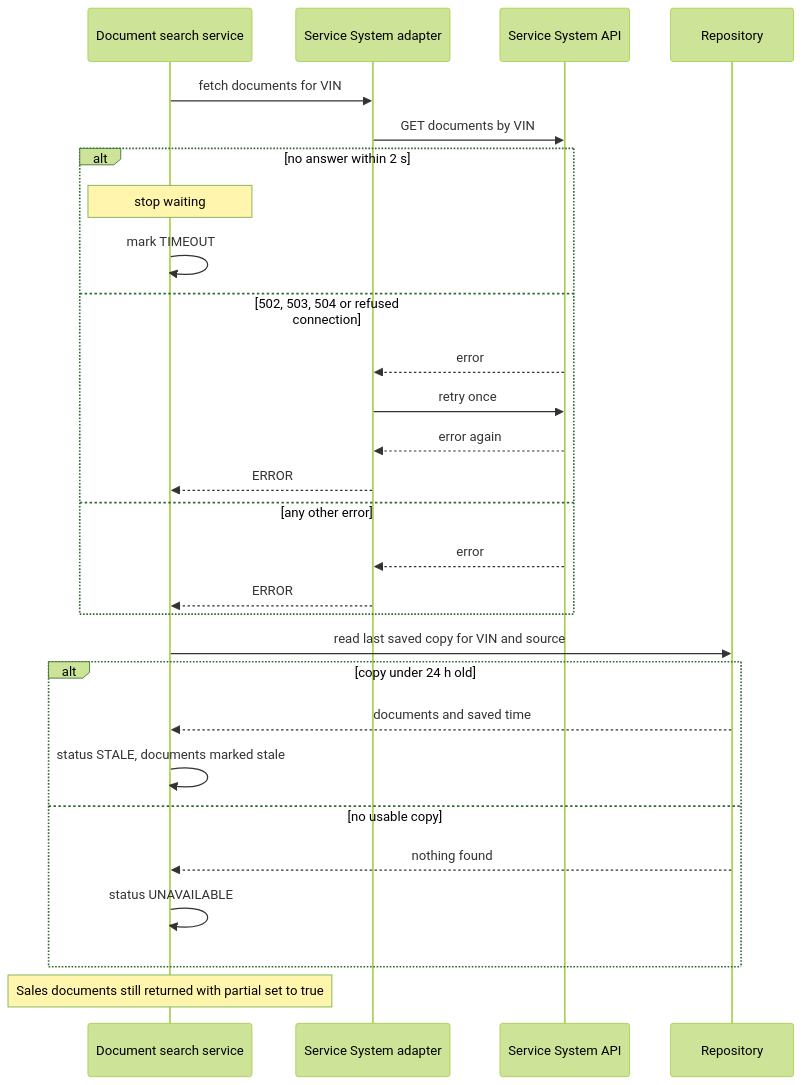
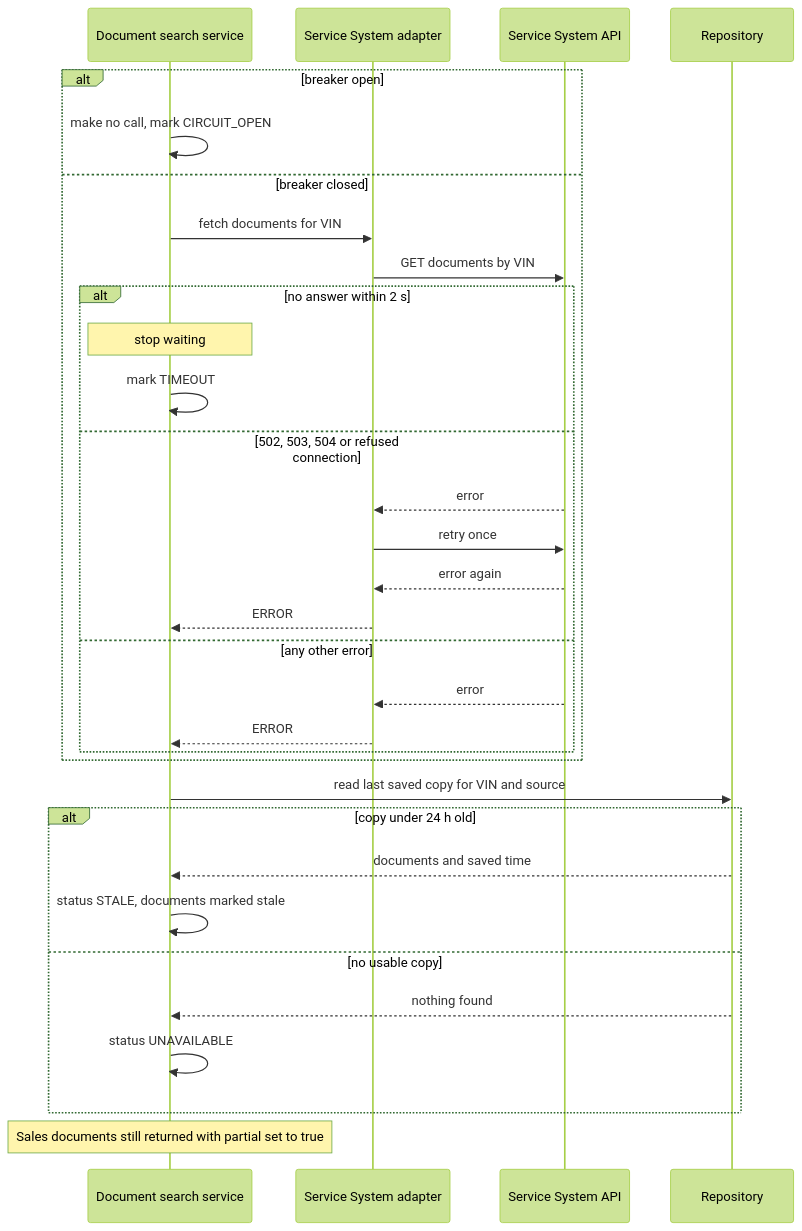
The third of 3 diagrams in docs/system-design-document.md (hinn1411/document-viewer), drawn with Mermaid (forest theme) before and after one commit. The commit also changed other lines of this file and 1 other file, not shown here.

Commit message:
docs(T12b): add the circuit breaker to the design document

````diff
--- a/docs/system-design-document.md
+++ b/docs/system-design-document.md
@@ -174,31 +174,35 @@
 ```mermaid
 sequenceDiagram
     participant S as Document search service
     participant VA as Service System adapter
     participant SERV as Service System API
     participant R as Repository
 
-    S->>VA: fetch documents for VIN
-    VA->>SERV: GET documents by VIN
-    alt no answer within 2 s
-        Note over S: stop waiting
-        S->>S: mark TIMEOUT
-    else 502, 503, 504 or refused connection
-        SERV-->>VA: error
-        VA->>SERV: retry once
-        SERV-->>VA: error again
-        VA-->>S: ERROR
-    else any other error
-        SERV-->>VA: error
-        VA-->>S: ERROR
+    alt breaker open
+        S->>S: make no call, mark CIRCUIT_OPEN
+    else breaker closed
+        S->>VA: fetch documents for VIN
+        VA->>SERV: GET documents by VIN
+        alt no answer within 2 s
+            Note over S: stop waiting
+            S->>S: mark TIMEOUT
+        else 502, 503, 504 or refused connection
+            SERV-->>VA: error
+            VA->>SERV: retry once
+            SERV-->>VA: error again
+            VA-->>S: ERROR
+        else any other error
+            SERV-->>VA: error
+            VA-->>S: ERROR
+        end
     end
     S->>R: read last saved copy for VIN and source
     alt copy under 24 h old
         R-->>S: documents and saved time
         S->>S: status STALE, documents marked stale
     else no usable copy
         R-->>S: nothing found
         S->>S: status UNAVAILABLE
     end
     Note over S: Sales documents still returned with partial set to true
 ```
````
